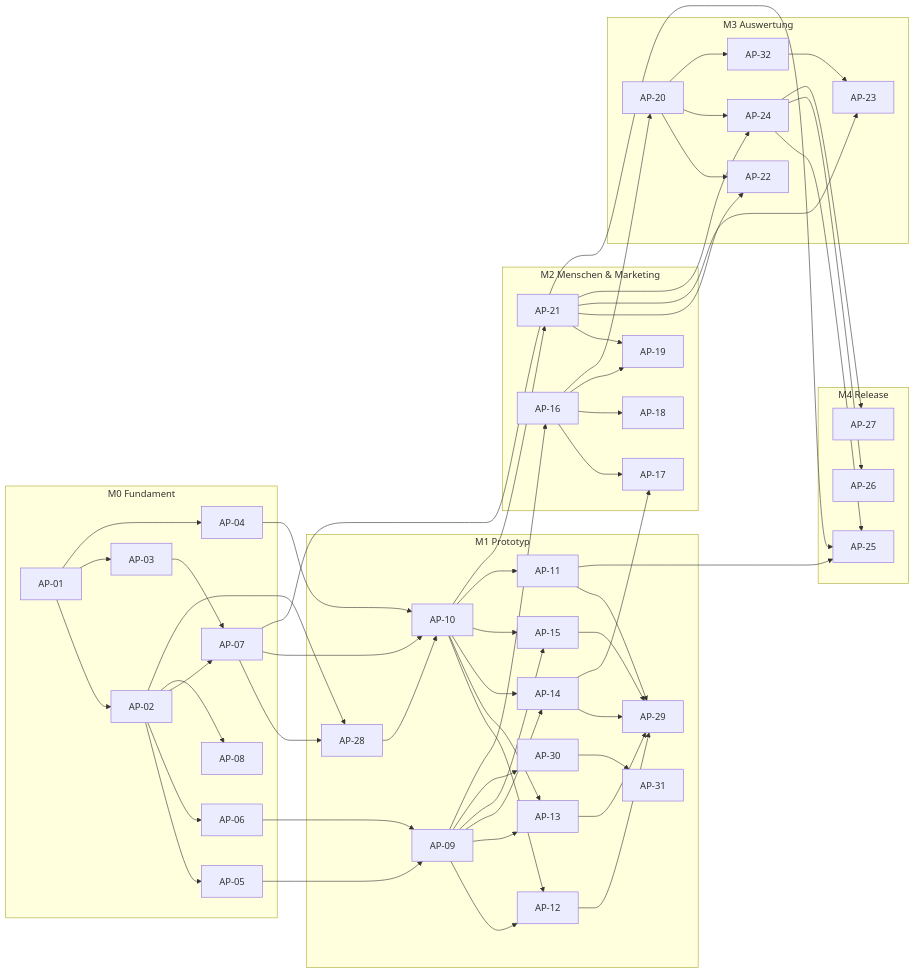
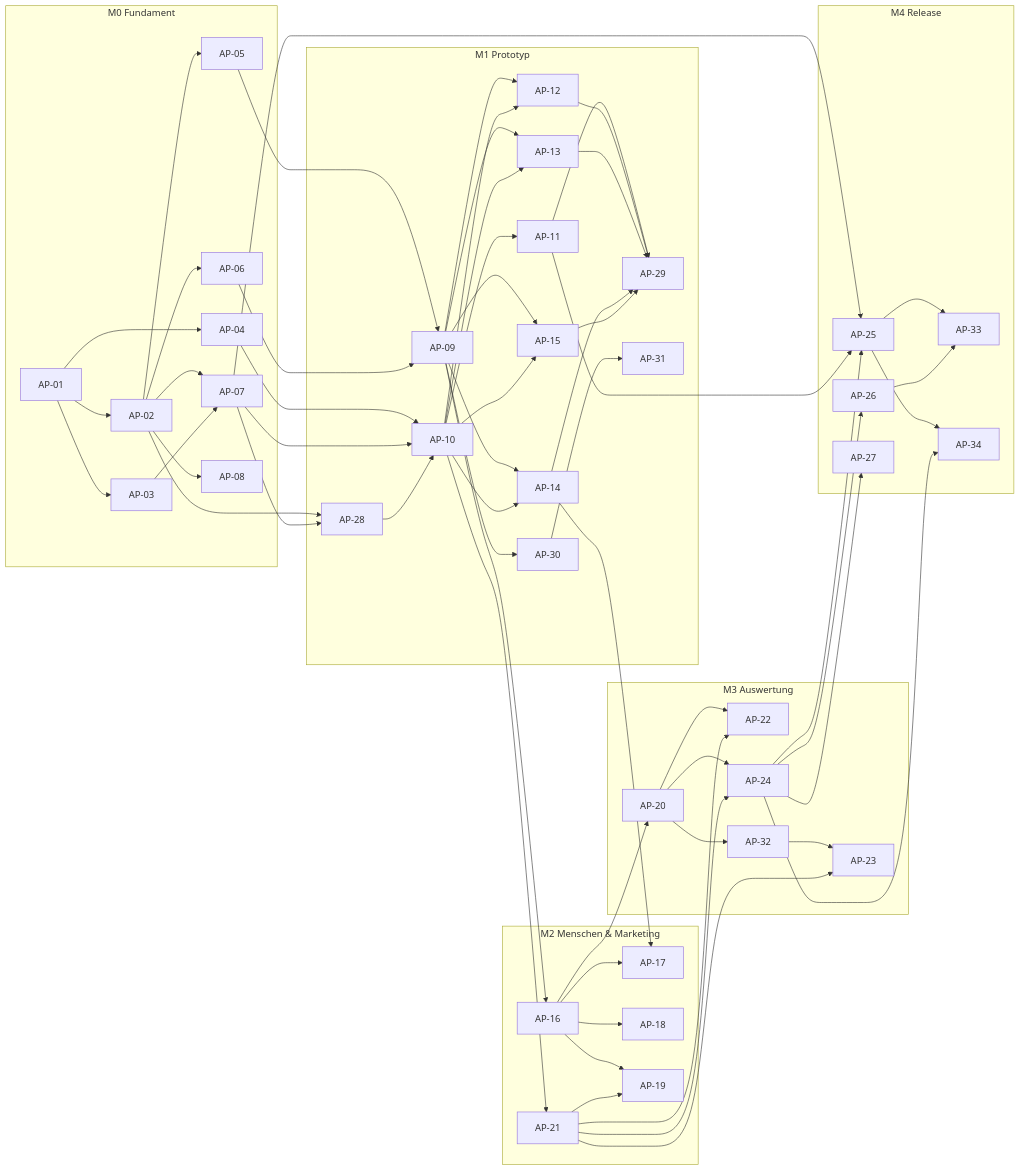
The third of 3 diagrams in docs/masterBuildPlan.md (CemDCoding/appManager), drawn with Mermaid before and after one commit. The commit also changed other lines of this file, not shown here.

````diff
--- a/docs/masterBuildPlan.md
+++ b/docs/masterBuildPlan.md
@@ -574,39 +587,44 @@
 ```mermaid
 flowchart LR
   subgraph M0["M0 Fundament"]
     AP01["AP-01"] --> AP02["AP-02"] & AP03["AP-03"] & AP04["AP-04"]
     AP02 --> AP05["AP-05"] & AP06["AP-06"] & AP07["AP-07"] & AP08["AP-08"]
     AP03 --> AP07
   end
   subgraph M1["M1 Prototyp"]
     AP09["AP-09"]
     AP28["AP-28"]
     AP10["AP-10"]
     AP09 & AP10 --> AP12["AP-12"] & AP13["AP-13"] & AP14["AP-14"] & AP15["AP-15"]
     AP10 --> AP11["AP-11"]
     AP11 & AP12 & AP13 & AP14 & AP15 --> AP29["AP-29"]
     AP09 --> AP30["AP-30"] --> AP31["AP-31"]
   end
   subgraph M2["M2 Menschen & Marketing"]
     AP16["AP-16"] --> AP17["AP-17"] & AP18["AP-18"] & AP19["AP-19"]
     AP21["AP-21"] --> AP19
   end
   subgraph M3["M3 Auswertung"]
     AP20["AP-20"] --> AP22["AP-22"] & AP24["AP-24"] & AP32["AP-32"]
     AP32 --> AP23["AP-23"]
   end
   AP21 --> AP22 & AP23 & AP24
   AP14 --> AP17
   subgraph M4["M4 Release"]
     AP25["AP-25"]
     AP26["AP-26"]
     AP27["AP-27"]
+    AP33["AP-33"]
+    AP34["AP-34"]
   end
   AP05 & AP06 --> AP09
   AP02 & AP07 --> AP28
   AP04 & AP07 & AP28 --> AP10
   AP09 --> AP16 --> AP20
   AP10 --> AP21
   AP07 & AP11 --> AP25
   AP24 --> AP25 & AP26 & AP27
+  AP25 --> AP33 & AP34
+  AP26 --> AP33
+  AP24 --> AP34
 ```
````
